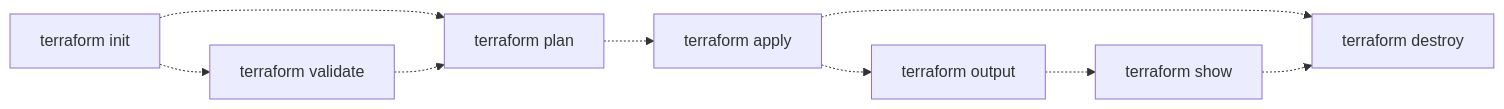
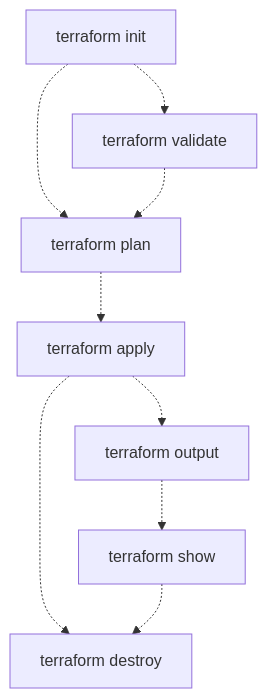
One commit to hansgun/hansgun.github.io changed the diagram in blog/2024-10-26-sixth-terrform-aks.md. Above: the diagram before and after it, drawn with Mermaid. The commit also changed 2 other files, not shown here.

Commit message:
edit mermaid LR to TD

````diff
--- a/blog/2024-10-26-sixth-terrform-aks.md
+++ b/blog/2024-10-26-sixth-terrform-aks.md
@@ -276,7 +276,7 @@
 ```mermaid
-graph LR;
+graph TD;
   A[terraform init] -.-> B[terraform plan] -.-> C[terraform apply] -.-> D[terraform destroy];
   A -.-> E[terraform validate] -.-> B;
   C -.-> F[terraform output] -.-> G[terraform show];
   G -.-> D;
 ```
````
